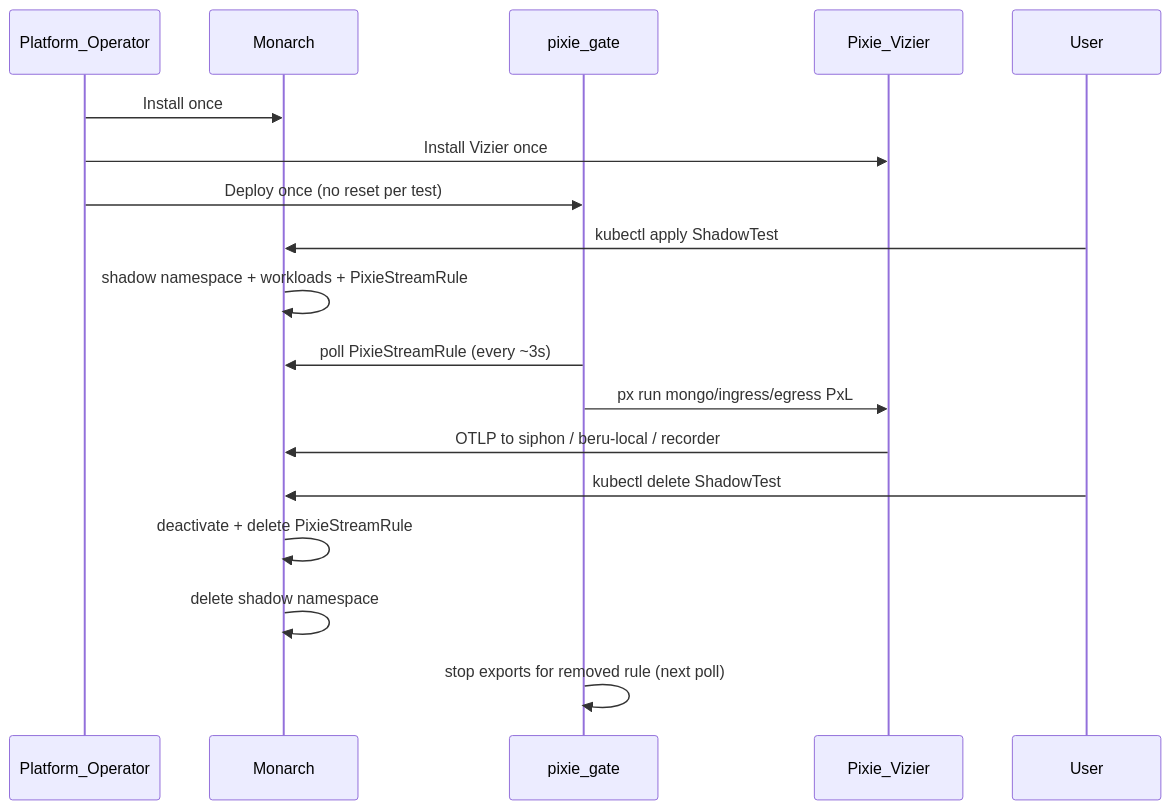
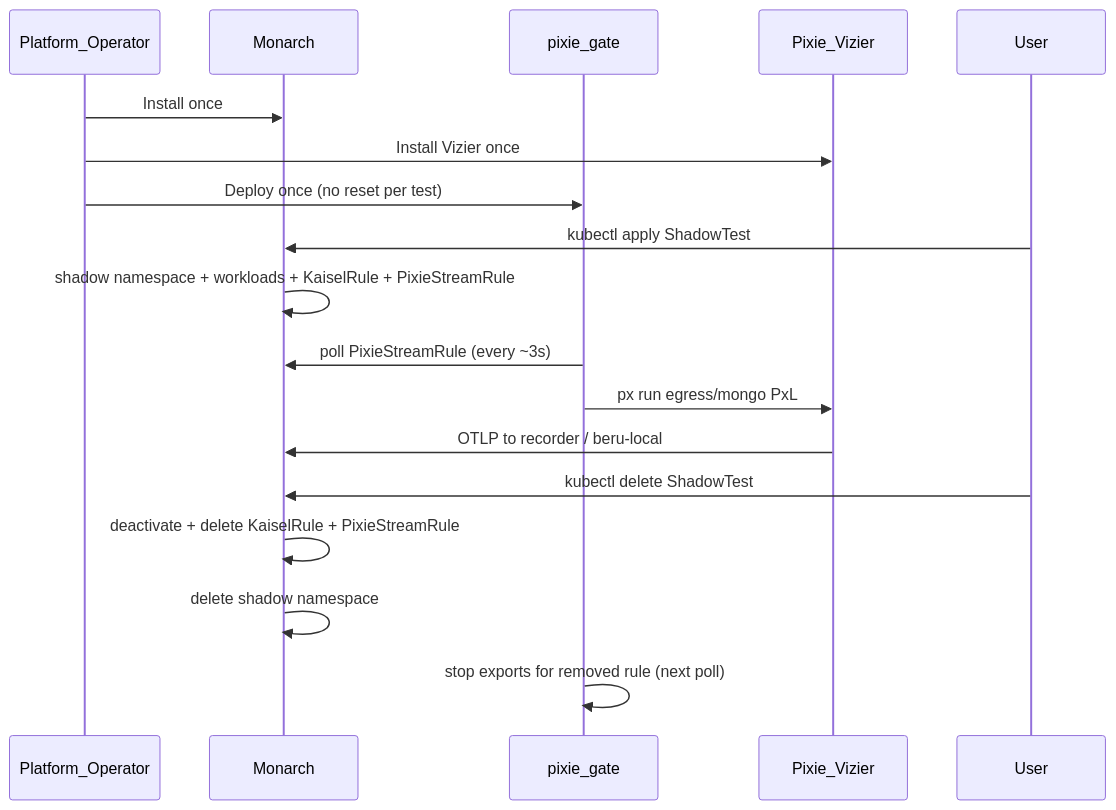
One commit to nederrgo/shadow-diff changed the diagram in docs/control-plane/platform-bootstrap-and-shadowtest-lifecycle.md. Above: the diagram before and after it, drawn with Mermaid. The commit also changed other lines of this file and 120 other files, not shown here.

````diff
--- a/docs/control-plane/platform-bootstrap-and-shadowtest-lifecycle.md
+++ b/docs/control-plane/platform-bootstrap-and-shadowtest-lifecycle.md
@@ -26,23 +26,23 @@
 ```mermaid
 sequenceDiagram
   participant Ops as Platform_Operator
   participant Monarch
   participant Gate as pixie_gate
   participant Pixie as Pixie_Vizier
   participant User
 
   Ops->>Monarch: Install once
   Ops->>Pixie: Install Vizier once
   Ops->>Gate: Deploy once (no reset per test)
 
   User->>Monarch: kubectl apply ShadowTest
-  Monarch->>Monarch: shadow namespace + workloads + PixieStreamRule
+  Monarch->>Monarch: shadow namespace + workloads + KaiselRule + PixieStreamRule
   Gate->>Monarch: poll PixieStreamRule (every ~3s)
-  Gate->>Pixie: px run mongo/ingress/egress PxL
-  Pixie->>Monarch: OTLP to siphon / beru-local / recorder
+  Gate->>Pixie: px run egress/mongo PxL
+  Pixie->>Monarch: OTLP to recorder / beru-local
 
   User->>Monarch: kubectl delete ShadowTest
-  Monarch->>Monarch: deactivate + delete PixieStreamRule
+  Monarch->>Monarch: deactivate + delete KaiselRule + PixieStreamRule
   Monarch->>Monarch: delete shadow namespace
   Gate->>Gate: stop exports for removed rule (next poll)
 ```
````
